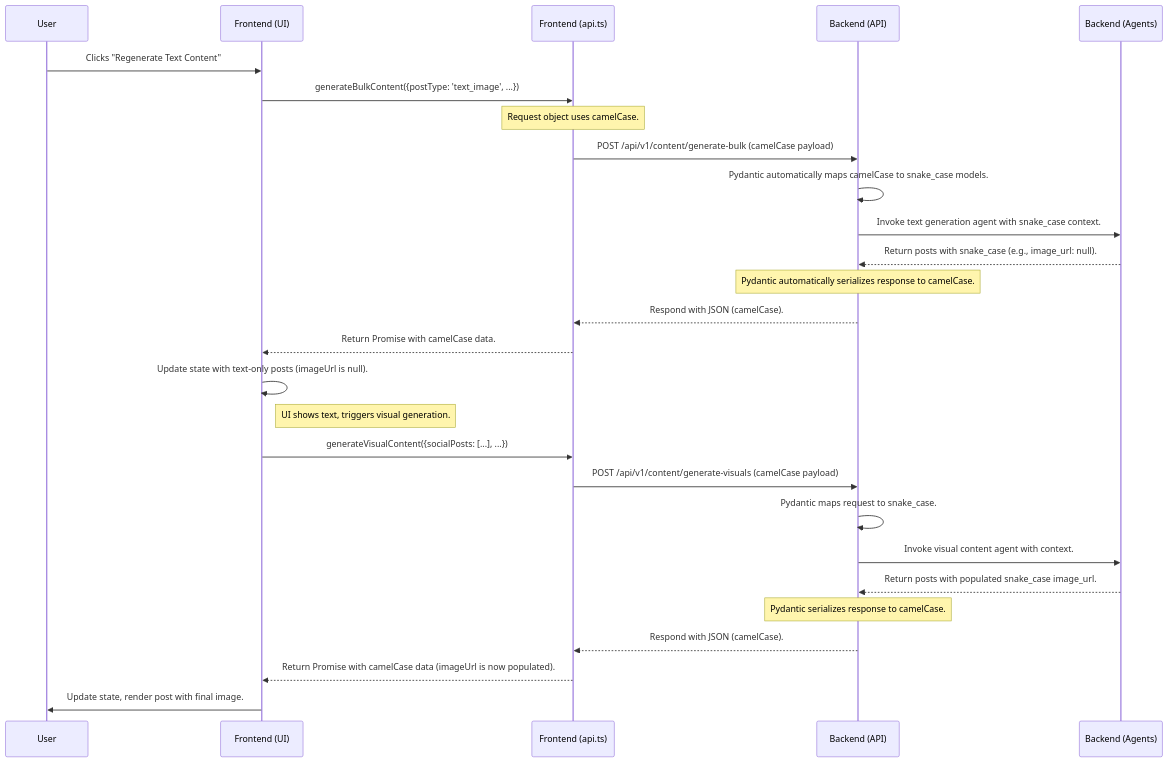
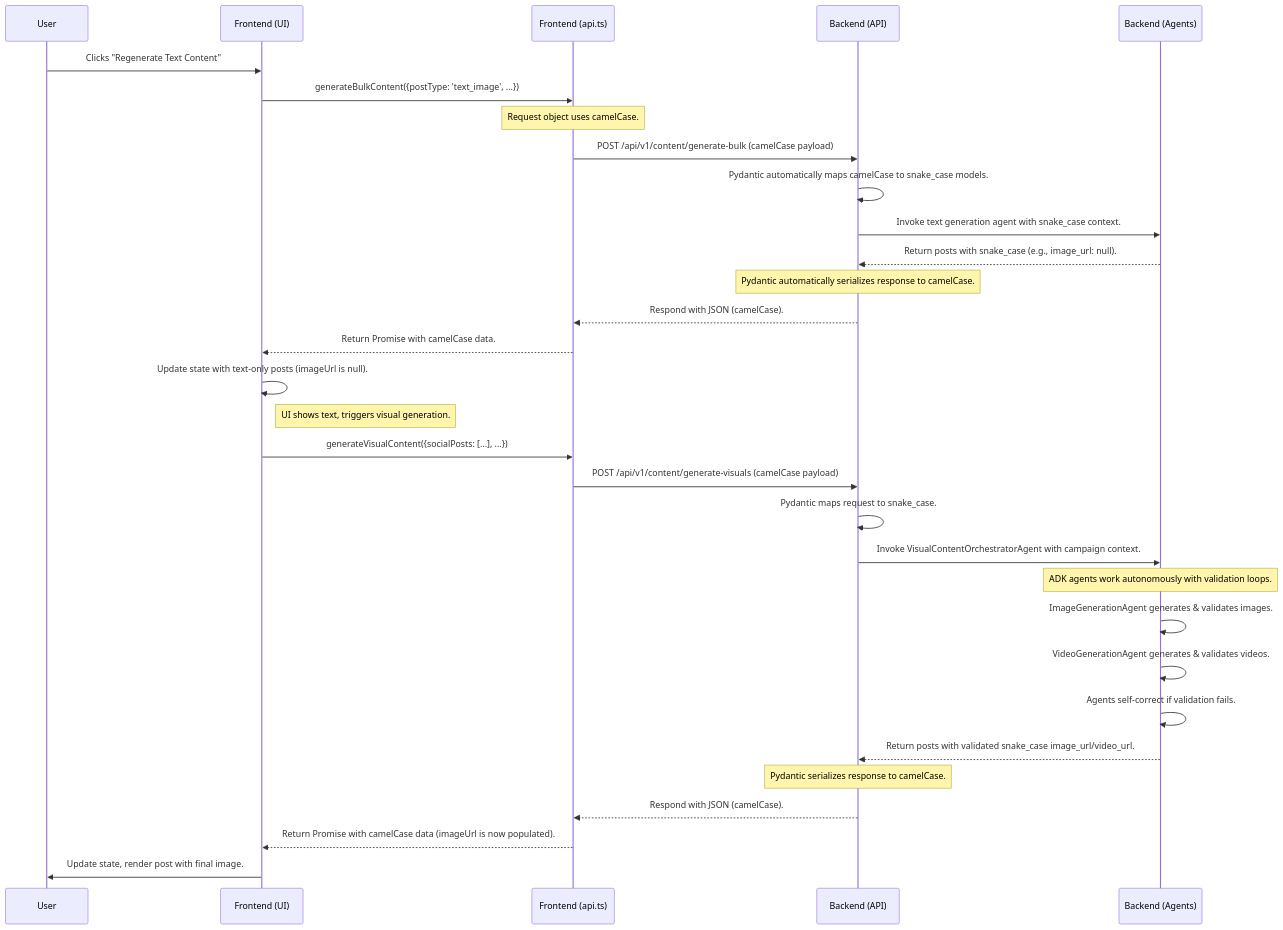
The first of 2 diagrams in docs/architecture/LLD-Solution-Architecture.md (yongkanghe/Agentic-Marketing-Campaign-Generator), drawn with Mermaid before and after one commit. The commit also changed other lines of this file and 14 other files, not shown here.

First line of the commit message:
feat: ADK-compliant API structure and comprehensive documentation

````diff
--- a/docs/architecture/LLD-Solution-Architecture.md
+++ b/docs/architecture/LLD-Solution-Architecture.md
@@ -27,40 +41,46 @@
 ```mermaid
 sequenceDiagram
     participant User
     participant Frontend (UI)
     participant Frontend (api.ts)
     participant Backend (API)
     participant Backend (Agents)
 
     User->>Frontend (UI): Clicks "Regenerate Text Content"
     Frontend (UI)->>Frontend (api.ts): generateBulkContent({postType: 'text_image', ...})
     
     Note over Frontend (api.ts): Request object uses camelCase.
     Frontend (api.ts)->>Backend (API): POST /api/v1/content/generate-bulk (camelCase payload)
     
     Backend (API)->>Backend (API): Pydantic automatically maps camelCase to snake_case models.
     Backend (API)->>Backend (Agents): Invoke text generation agent with snake_case context.
     Backend (Agents)-->>Backend (API): Return posts with snake_case (e.g., image_url: null).
     
     Note over Backend (API): Pydantic automatically serializes response to camelCase.
     Backend (API)-->>Frontend (api.ts): Respond with JSON (camelCase).
     
     Frontend (api.ts)-->>Frontend (UI): Return Promise with camelCase data.
     Frontend (UI)->>Frontend (UI): Update state with text-only posts (imageUrl is null).
     
     Note right of Frontend (UI): UI shows text, triggers visual generation.
 
     Frontend (UI)->>Frontend (api.ts): generateVisualContent({socialPosts: [...], ...})
     
     Frontend (api.ts)->>Backend (API): POST /api/v1/content/generate-visuals (camelCase payload)
 
     Backend (API)->>Backend (API): Pydantic maps request to snake_case.
-    Backend (API)->>Backend (Agents): Invoke visual content agent with context.
-    Backend (Agents)-->>Backend (API): Return posts with populated snake_case image_url.
+    Backend (API)->>Backend (Agents): Invoke VisualContentOrchestratorAgent with campaign context.
+    
+    Note over Backend (Agents): ADK agents work autonomously with validation loops.
+    Backend (Agents)->>Backend (Agents): ImageGenerationAgent generates & validates images.
+    Backend (Agents)->>Backend (Agents): VideoGenerationAgent generates & validates videos.
+    Backend (Agents)->>Backend (Agents): Agents self-correct if validation fails.
+    
+    Backend (Agents)-->>Backend (API): Return posts with validated snake_case image_url/video_url.
 
     Note over Backend (API): Pydantic serializes response to camelCase.
     Backend (API)-->>Frontend (api.ts): Respond with JSON (camelCase).
     Frontend (api.ts)-->>Frontend (UI): Return Promise with camelCase data (imageUrl is now populated).
 
     Frontend (UI)->>User: Update state, render post with final image.
 ```
````
